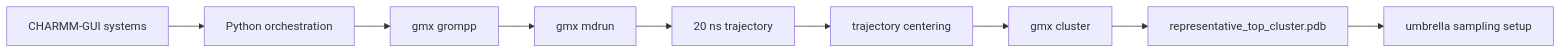
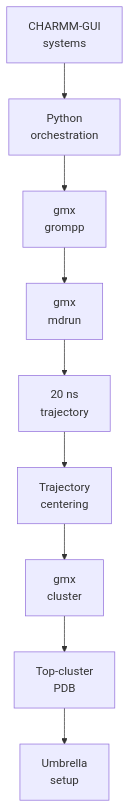
Before and after one commit to jackyissocute/LiSPER: the diagram in 01_computational_discovery/md/remote_orchestration/README.md, drawn with Mermaid. The commit also changed 64 other files, not shown here.

````diff
--- a/01_computational_discovery/md/remote_orchestration/README.md
+++ b/01_computational_discovery/md/remote_orchestration/README.md
@@ -96,11 +96,24 @@
 ```mermaid
-flowchart LR
-    A["CHARMM-GUI systems"] --> B["Python orchestration"]
-    B --> C["gmx grompp"]
-    C --> D["gmx mdrun"]
-    D --> E["20 ns trajectory"]
-    E --> F["trajectory centering"]
-    F --> G["gmx cluster"]
-    G --> H["representative_top_cluster.pdb"]
-    H --> I["umbrella sampling setup"]
+flowchart TD
+    accTitle: Remote MD Orchestration
+    accDescr: Remote orchestration prepares GROMACS runs, executes production MD, centers trajectories, clusters structures, and exports representative PDB files.
+
+    systems["CHARMM-GUI<br/>systems"]
+    orchestration["Python<br/>orchestration"]
+    grompp["gmx<br/>grompp"]
+    mdrun["gmx<br/>mdrun"]
+    trajectory["20 ns<br/>trajectory"]
+    centering["Trajectory<br/>centering"]
+    clustering["gmx<br/>cluster"]
+    representative["Top-cluster<br/>PDB"]
+    umbrella["Umbrella<br/>setup"]
+
+    systems --> orchestration
+    orchestration --> grompp
+    grompp --> mdrun
+    mdrun --> trajectory
+    trajectory --> centering
+    centering --> clustering
+    clustering --> representative
+    representative --> umbrella
 ```
````
